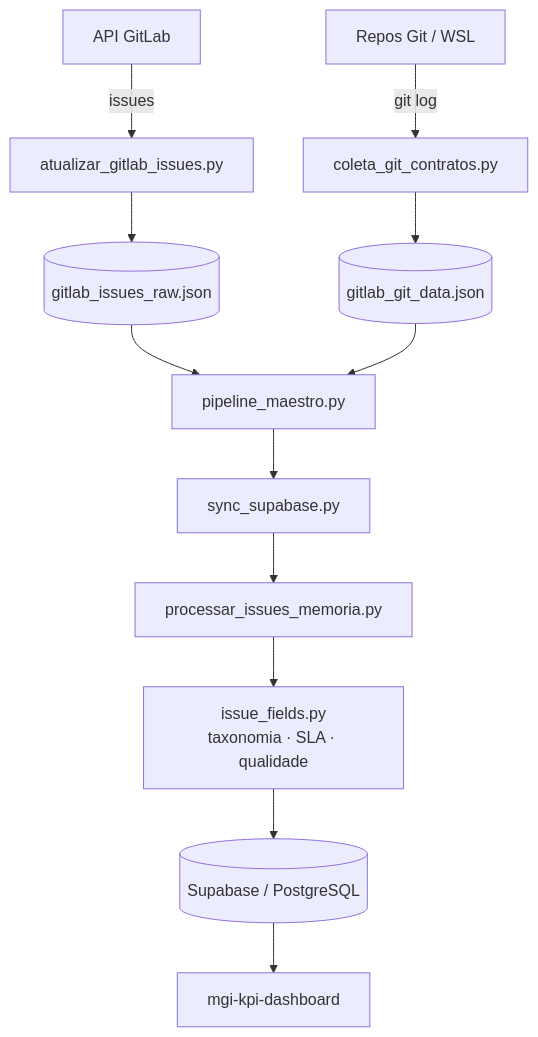
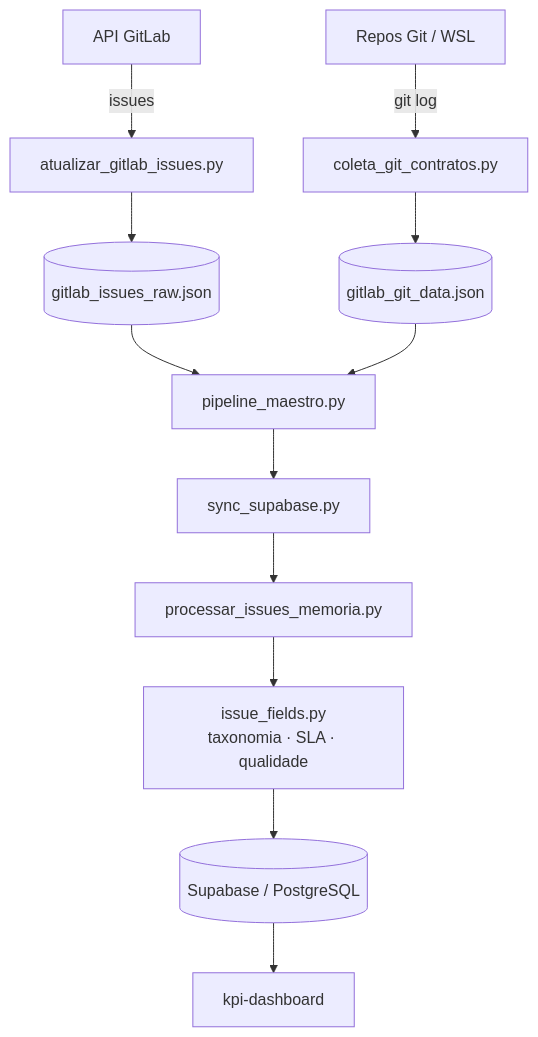
Before and after one commit to MariaHilmar/mgi-kpi-pipeline: the diagram in README.md, drawn with Mermaid. The commit also changed other lines of this file and 13 other files, not shown here.

````diff
--- a/README.md
+++ b/README.md
@@ -35,14 +35,14 @@
 ```mermaid
 graph TD
     GitLab[API GitLab] -->|issues| Extract1[atualizar_gitlab_issues.py]
     Repos[Repos Git / WSL] -->|git log| Extract2[coleta_git_contratos.py]
     Extract1 --> RawIssues[(gitlab_issues_raw.json)]
     Extract2 --> RawGit[(gitlab_git_data.json)]
     RawIssues --> Maestro[pipeline_maestro.py]
     RawGit --> Maestro
     Maestro --> Sync[sync_supabase.py]
     Sync --> Build[processar_issues_memoria.py]
     Build --> Fields[issue_fields.py<br/>taxonomia · SLA · qualidade]
     Fields --> DB[(Supabase / PostgreSQL)]
-    DB --> Dashboard[mgi-kpi-dashboard]
+    DB --> Dashboard[kpi-dashboard]
 ```
````
